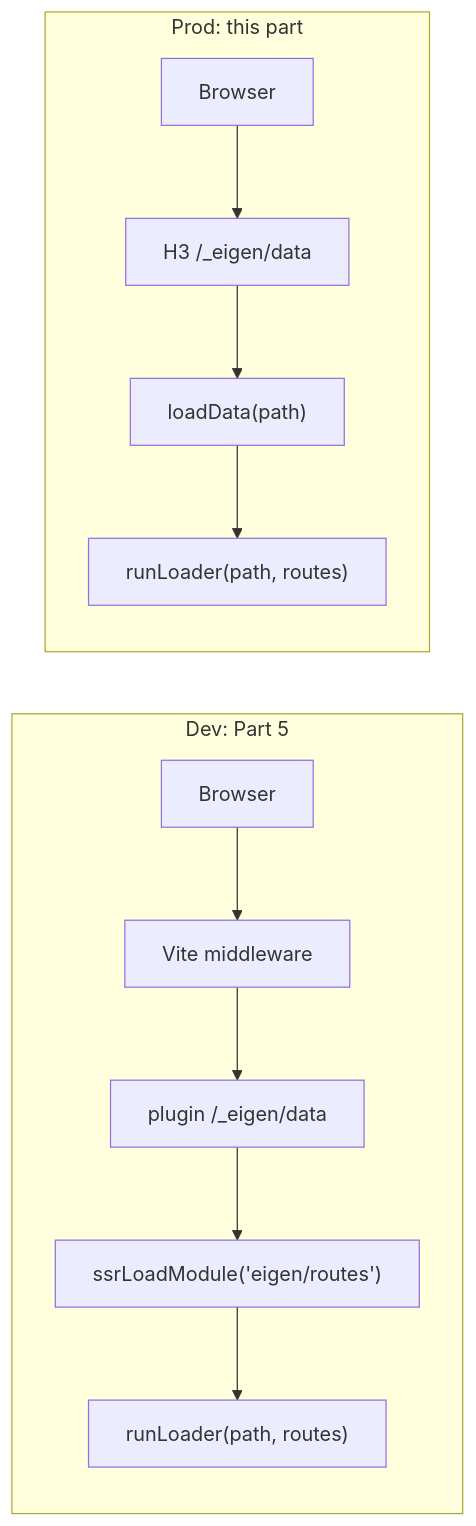
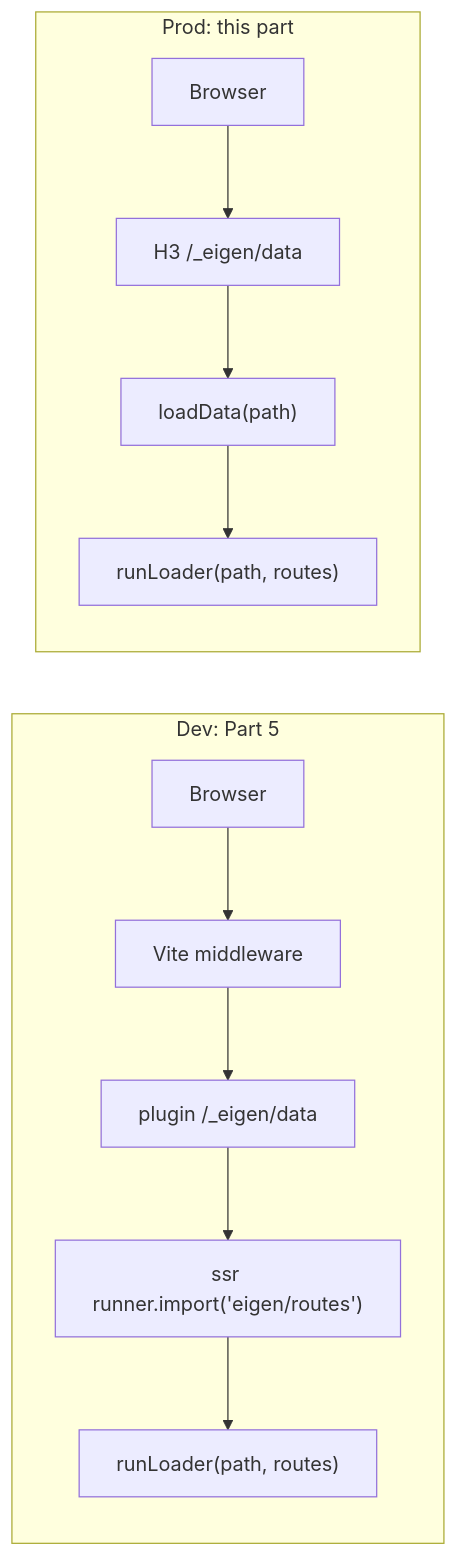
Before and after one commit to adamhake/eigen: the second of 2 diagrams in apps/tutorial/src/content/06-production-builds.mdx, drawn with Mermaid. The commit also changed other lines of this file and 42 other files, not shown here.

````diff
--- a/apps/tutorial/src/content/06-production-builds.mdx
+++ b/apps/tutorial/src/content/06-production-builds.mdx
@@ -284,14 +315,14 @@
 ```mermaid
 flowchart LR
     subgraph dev["Dev: Part 5"]
         D1["Browser"] --> D2["Vite middleware"]
         D2 --> D3["plugin /_eigen/data"]
-        D3 --> D4["ssrLoadModule('eigen/routes')"]
+        D3 --> D4["ssr runner.import('eigen/routes')"]
         D4 --> D5["runLoader(path, routes)"]
     end
     subgraph prod["Prod: this part"]
         P1["Browser"] --> P2["H3 /_eigen/data"]
         P2 --> P3["loadData(path)"]
         P3 --> P5["runLoader(path, routes)"]
     end
 ```
````
